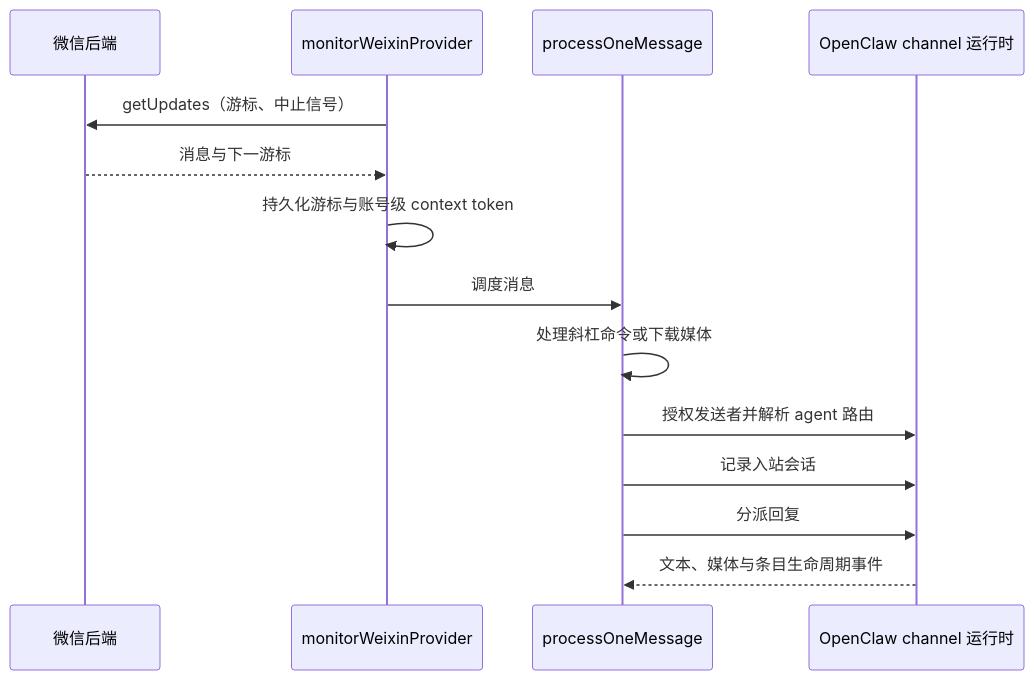
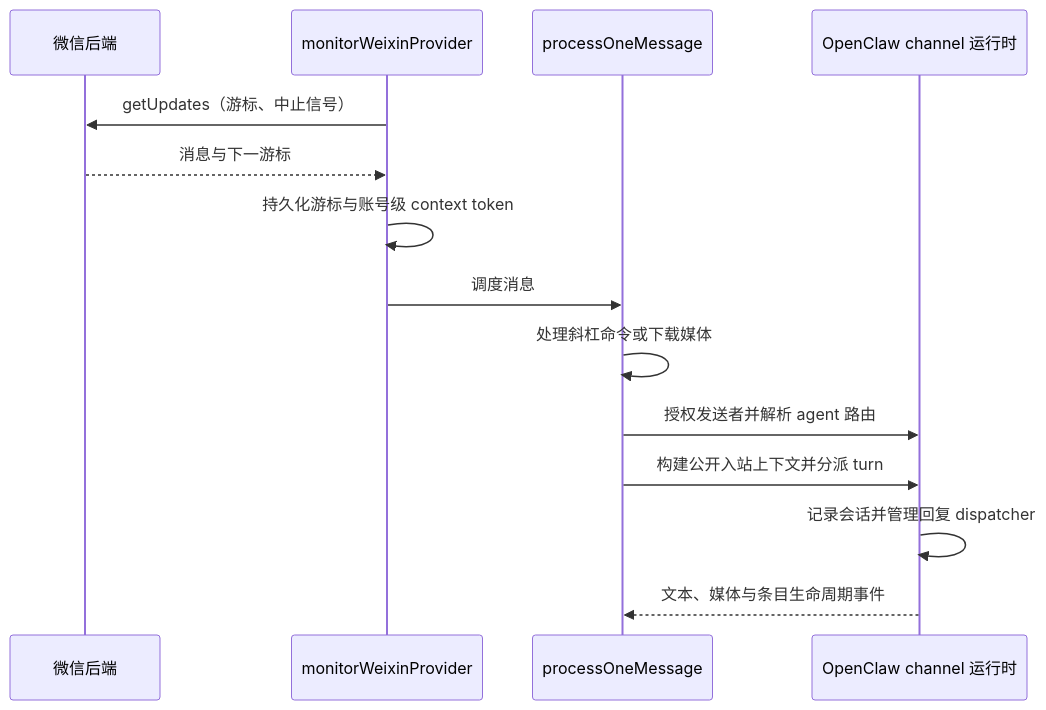
The second of 3 diagrams in docs/zh-CN/architecture.md (NewFuture/openclaw-weixin), drawn with Mermaid before and after one commit. The commit also changed other lines of this file and 15 other files, not shown here.

````diff
--- a/docs/zh-CN/architecture.md
+++ b/docs/zh-CN/architecture.md
@@ -48,17 +49,17 @@
 ```mermaid
 sequenceDiagram
   participant Backend as 微信后端
   participant Monitor as monitorWeixinProvider
   participant Processor as processOneMessage
   participant Runtime as OpenClaw channel 运行时
 
   Monitor->>Backend: getUpdates（游标、中止信号）
   Backend-->>Monitor: 消息与下一游标
   Monitor->>Monitor: 持久化游标与账号级 context token
   Monitor->>Processor: 调度消息
   Processor->>Processor: 处理斜杠命令或下载媒体
   Processor->>Runtime: 授权发送者并解析 agent 路由
-  Processor->>Runtime: 记录入站会话
-  Processor->>Runtime: 分派回复
+  Processor->>Runtime: 构建公开入站上下文并分派 turn
+  Runtime->>Runtime: 记录会话并管理回复 dispatcher
   Runtime-->>Processor: 文本、媒体与条目生命周期事件
 ```
````
